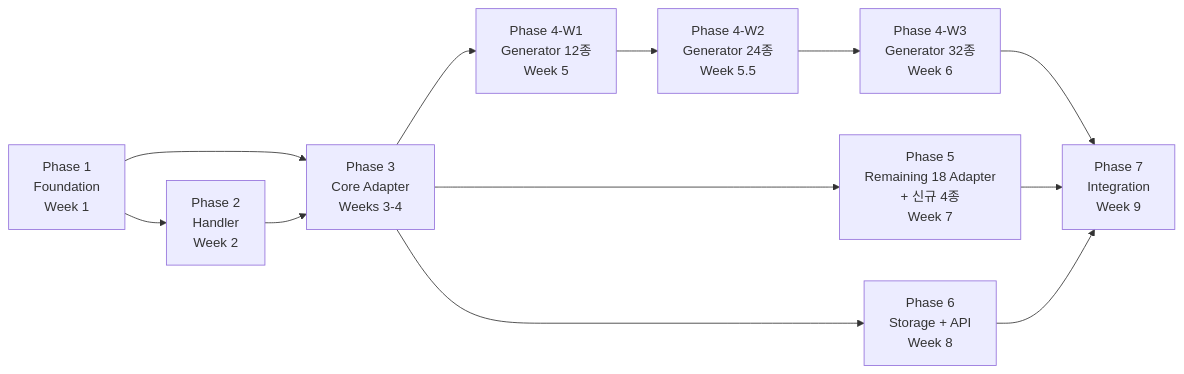
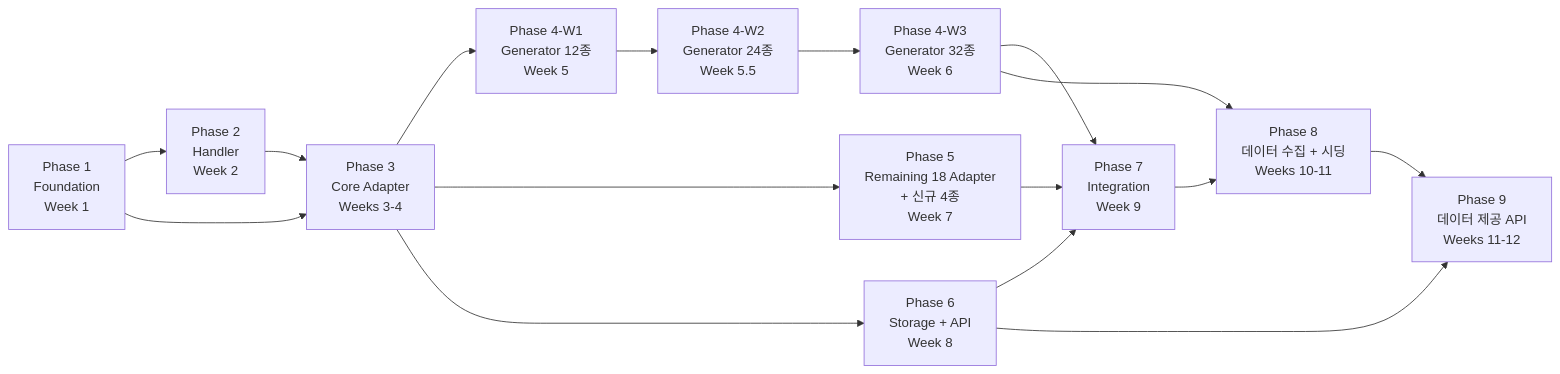
The diagram in docs/09-구현-로드맵.md (YangTaeUk/Demiurge_MLOps_TestData), drawn with Mermaid before and after one commit. The commit also changed other lines of this file and 6 other files, not shown here.

````diff
--- a/docs/09-구현-로드맵.md
+++ b/docs/09-구현-로드맵.md
@@ -275,24 +340,30 @@
 ```mermaid
 graph LR
     P1["Phase 1<br/>Foundation<br/>Week 1"]
     P2["Phase 2<br/>Handler<br/>Week 2"]
     P3["Phase 3<br/>Core Adapter<br/>Weeks 3-4"]
     P4W1["Phase 4-W1<br/>Generator 12종<br/>Week 5"]
     P4W2["Phase 4-W2<br/>Generator 24종<br/>Week 5.5"]
     P4W3["Phase 4-W3<br/>Generator 32종<br/>Week 6"]
     P5["Phase 5<br/>Remaining 18 Adapter<br/>+ 신규 4종<br/>Week 7"]
     P6["Phase 6<br/>Storage + API<br/>Week 8"]
     P7["Phase 7<br/>Integration<br/>Week 9"]
+    P8["Phase 8<br/>데이터 수집 + 시딩<br/>Weeks 10-11"]
+    P9["Phase 9<br/>데이터 제공 API<br/>Weeks 11-12"]
 
     P1 --> P2
     P1 --> P3
     P2 --> P3
     P3 --> P4W1
     P4W1 --> P4W2
     P4W2 --> P4W3
     P3 --> P5
     P4W3 --> P7
     P5 --> P7
     P3 --> P6
     P6 --> P7
+    P7 --> P8
+    P4W3 --> P8
+    P8 --> P9
+    P6 --> P9
 ```
````
